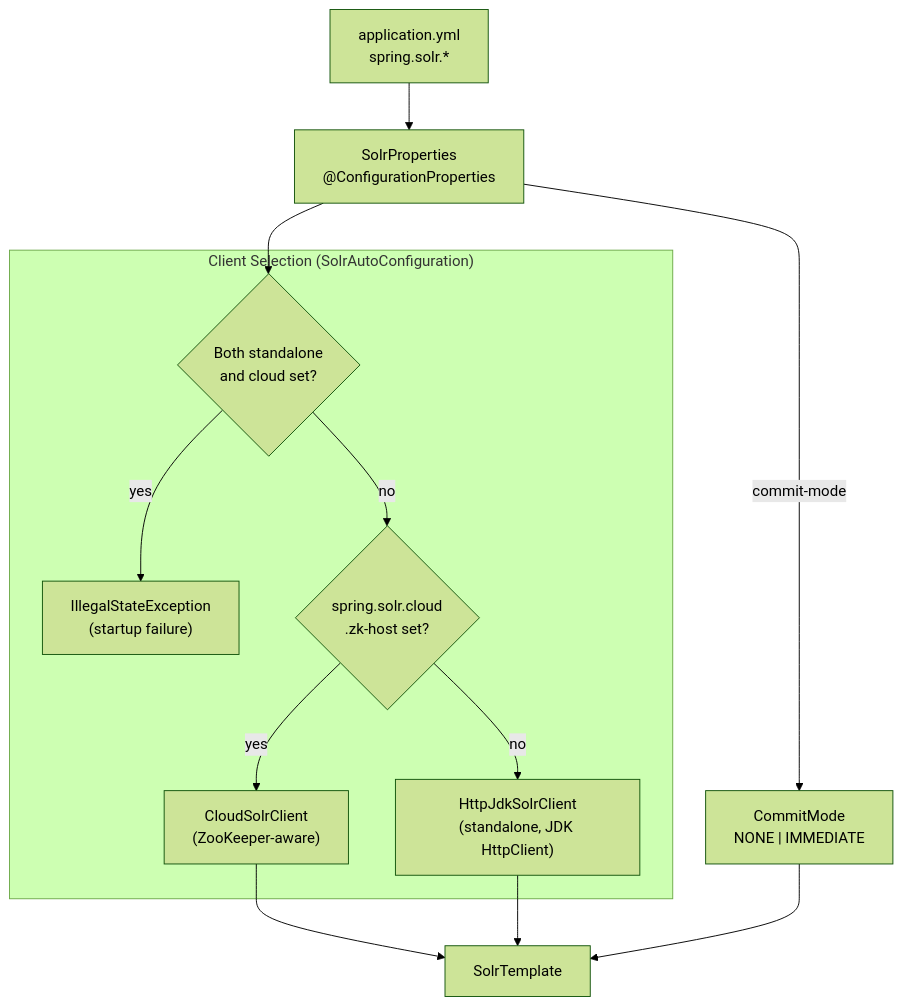
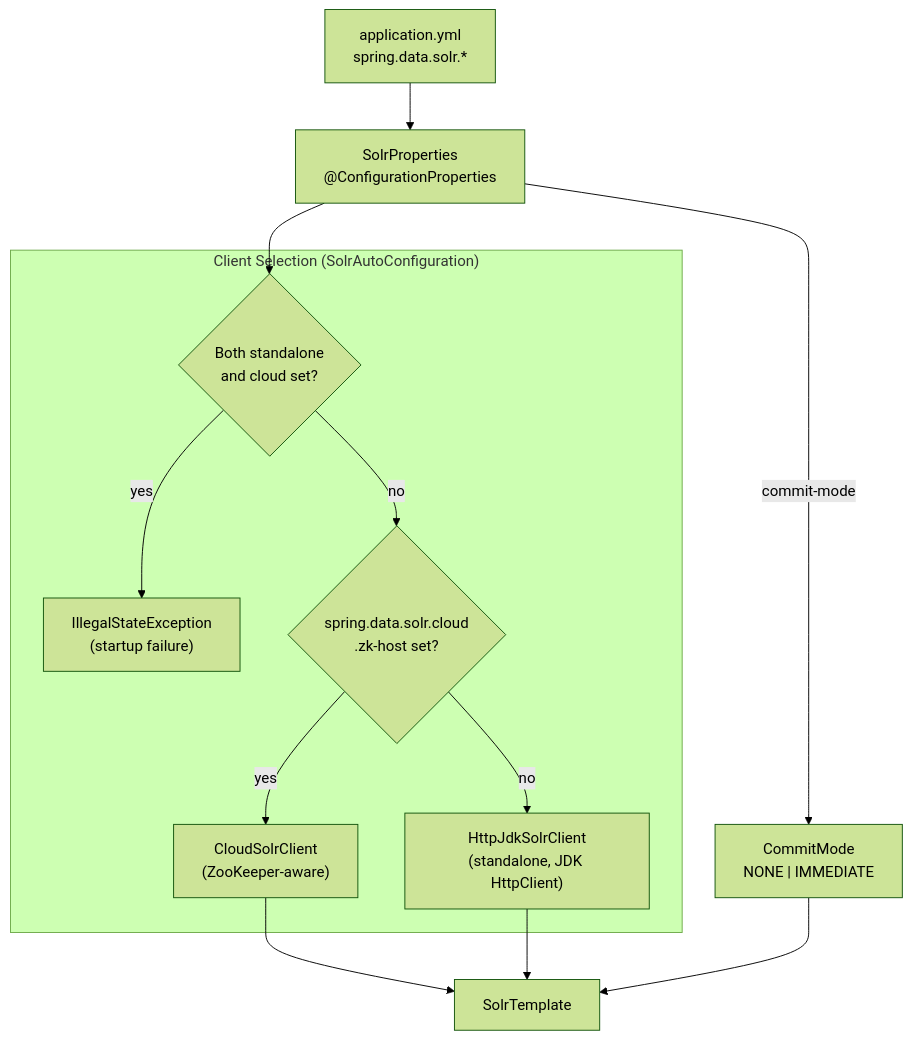
Before and after one commit to tomaytotomato/spring-data-solr: the fourth of 4 diagrams in docs/ARCHITECTURE.md, drawn with Mermaid (forest theme). The commit also changed other lines of this file and 15 other files, not shown here.

First line of the commit message:
Rename config prefix spring.solr -> spring.data.solr (#122)

````diff
--- a/docs/ARCHITECTURE.md
+++ b/docs/ARCHITECTURE.md
@@ -187,27 +187,27 @@
 ```mermaid
 flowchart TD
-  YML["application.yml<br/>spring.solr.*"]
+  YML["application.yml<br/>spring.data.solr.*"]
   SP["SolrProperties<br/>@ConfigurationProperties"]
 
   subgraph Decision["Client Selection (SolrAutoConfiguration)"]
     Q{"Both standalone<br/>and cloud set?"}
     Err["IllegalStateException<br/>(startup failure)"]
-    QC{"spring.solr.cloud<br/>.zk-host set?"}
+    QC{"spring.data.solr.cloud<br/>.zk-host set?"}
     Cloud["CloudSolrClient<br/>(ZooKeeper-aware)"]
     Std["HttpJdkSolrClient<br/>(standalone, JDK HttpClient)"]
   end
 
   Tmpl["SolrTemplate"]
   CM["CommitMode<br/>NONE | IMMEDIATE"]
 
   YML --> SP
   SP --> Q
   Q -- yes --> Err
   Q -- no --> QC
   QC -- yes --> Cloud
   QC -- no --> Std
   Cloud --> Tmpl
   Std --> Tmpl
   SP -- commit-mode --> CM
   CM --> Tmpl
 ```
````
